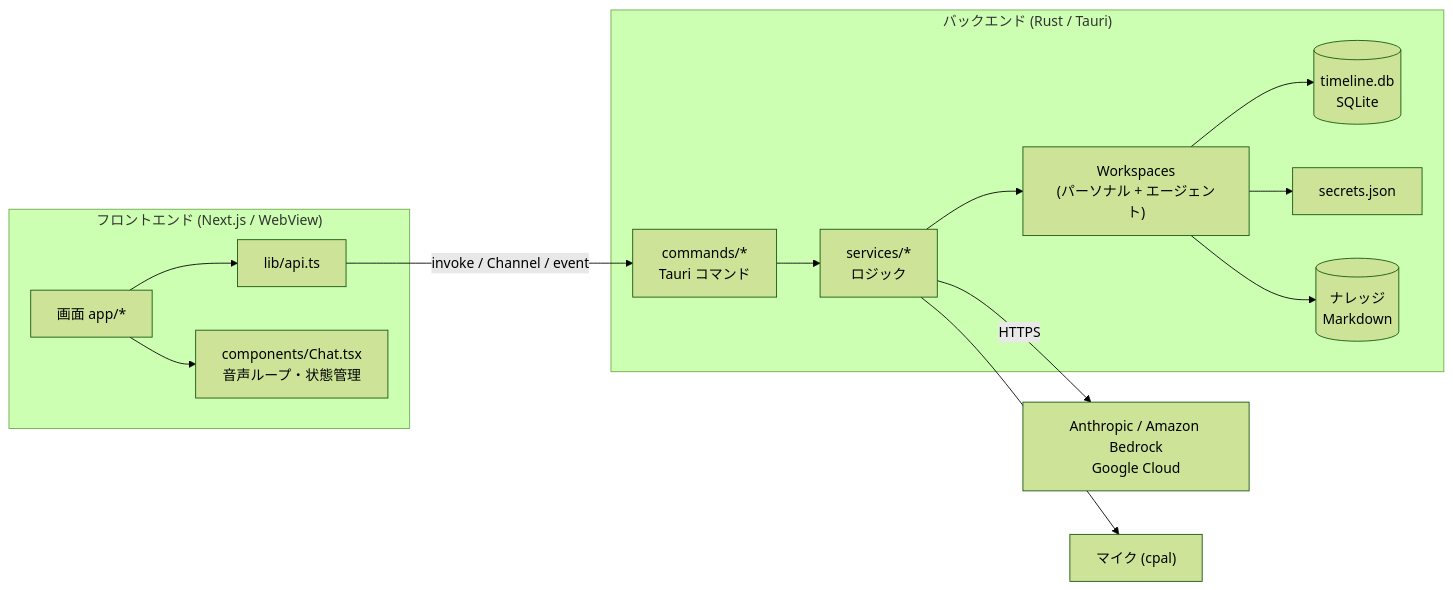
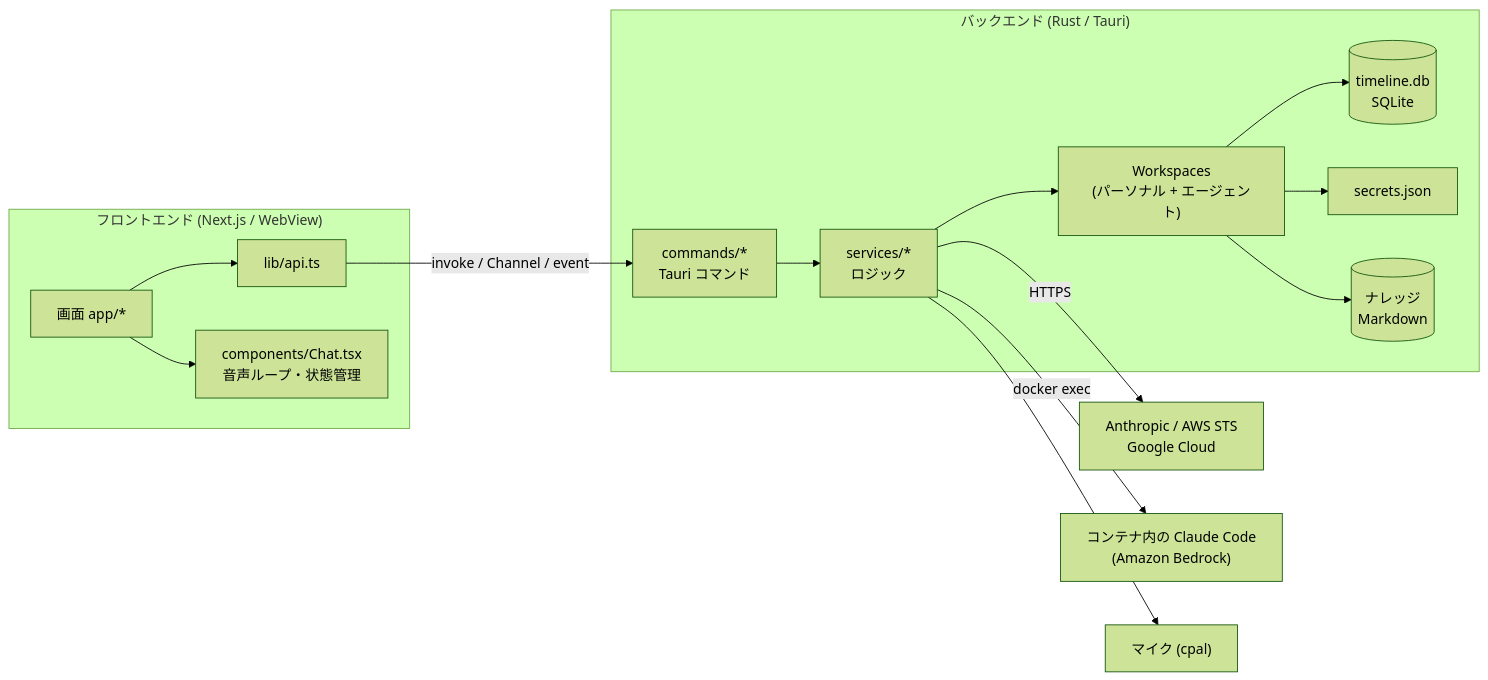
One commit to long-in/MyAssistant changed the first of 2 diagrams in docs/architecture.md. Above: the diagram before and after it, drawn with Mermaid (forest theme). The commit also changed other lines of this file and 12 other files, not shown here.

````diff
--- a/docs/architecture.md
+++ b/docs/architecture.md
@@ -7,17 +7,18 @@
 ```mermaid
 flowchart LR
   subgraph FE["フロントエンド (Next.js / WebView)"]
     UI["画面 app/*"] --> API["lib/api.ts"]
     UI --> Chat["components/Chat.tsx<br/>音声ループ・状態管理"]
   end
   subgraph BE["バックエンド (Rust / Tauri)"]
     CMD["commands/*<br/>Tauri コマンド"] --> SVC["services/*<br/>ロジック"]
     SVC --> WS["Workspaces<br/>(パーソナル + エージェント)"]
     WS --> DB[("timeline.db<br/>SQLite")]
     WS --> SEC["secrets.json"]
     WS --> KN[("ナレッジ<br/>Markdown")]
   end
   API -- invoke / Channel / event --> CMD
-  SVC -- HTTPS --> EXT["Anthropic / Amazon Bedrock<br/>Google Cloud"]
+  SVC -- HTTPS --> EXT["Anthropic / AWS STS<br/>Google Cloud"]
+  SVC -- docker exec --> CC["コンテナ内の Claude Code<br/>(Amazon Bedrock)"]
   SVC --> MIC["マイク (cpal)"]
 ```
````
